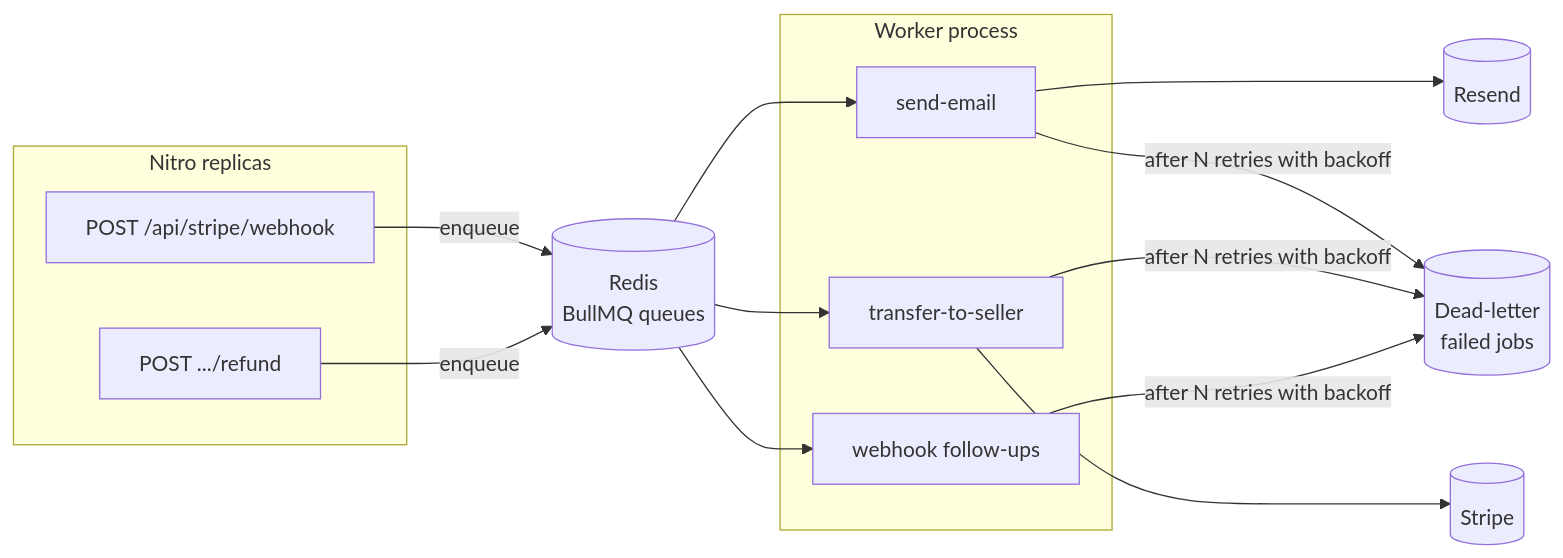
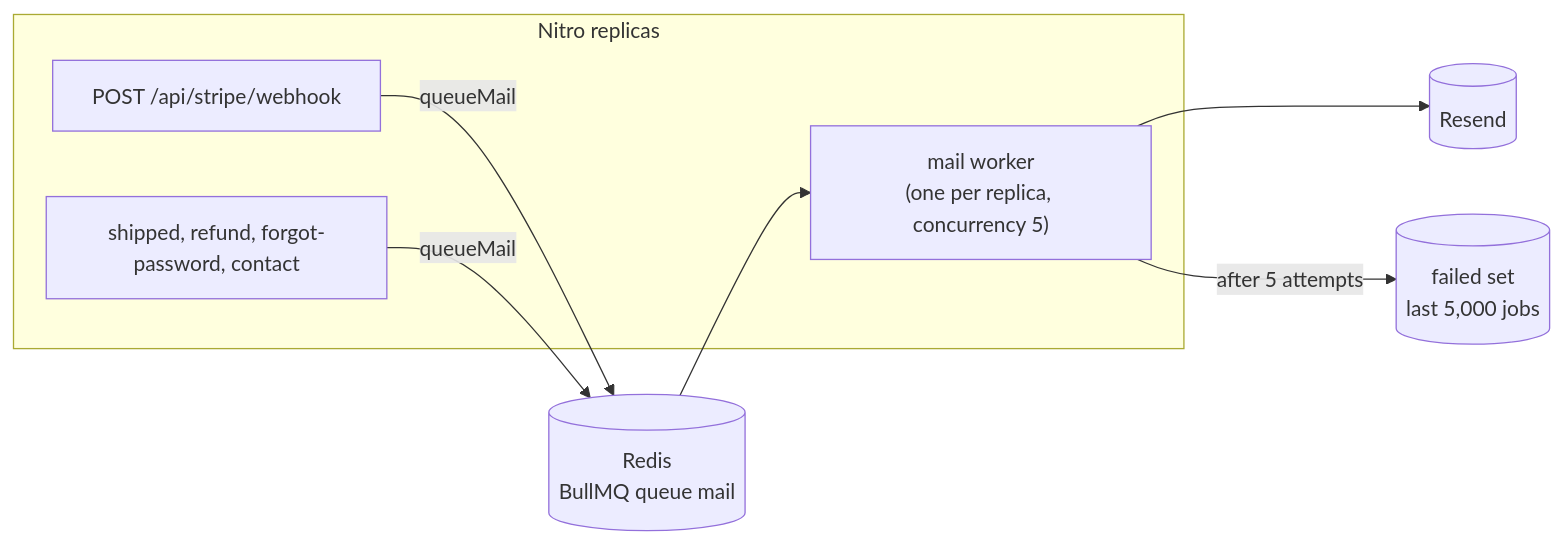
Before and after one commit to AlexGalhardo/nuxtjs-marketplace: the diagram in docs/system-design/08-queues-and-async.md, drawn with Mermaid. The commit also changed other lines of this file and 11 other files, not shown here.

First line of the commit message:
docs: system design reflects redis, queues, caddy and observability

````diff
--- a/docs/system-design/08-queues-and-async.md
+++ b/docs/system-design/08-queues-and-async.md
@@ -28,23 +16,16 @@
 ```mermaid
 flowchart LR
-  subgraph web[Nitro replicas]
+  subgraph replicas[Nitro replicas]
     webhook[POST /api/stripe/webhook]
-    refund[POST .../refund]
+    reqs["shipped, refund, forgot-password, contact"]
+    worker["mail worker<br/>(one per replica, concurrency 5)"]
   end
-  redis[(Redis<br/>BullMQ queues)]
-  subgraph workers[Worker process]
-    w1[send-email]
-    w2[transfer-to-seller]
-    w3[webhook follow-ups]
-  end
-  dlq[(Dead-letter<br/>failed jobs)]
-  stripe[(Stripe)]
+  redis[("Redis<br/>BullMQ queue mail")]
+  failed[("failed set<br/>last 5,000 jobs")]
   resend[(Resend)]
 
-  webhook -->|enqueue| redis
-  refund -->|enqueue| redis
-  redis --> w1 & w2 & w3
-  w1 --> resend
-  w2 --> stripe
-  w1 & w2 & w3 -->|"after N retries with backoff"| dlq
+  webhook -->|queueMail| redis
+  reqs -->|queueMail| redis
+  redis --> worker --> resend
+  worker -->|"after 5 attempts"| failed
 ```
````
